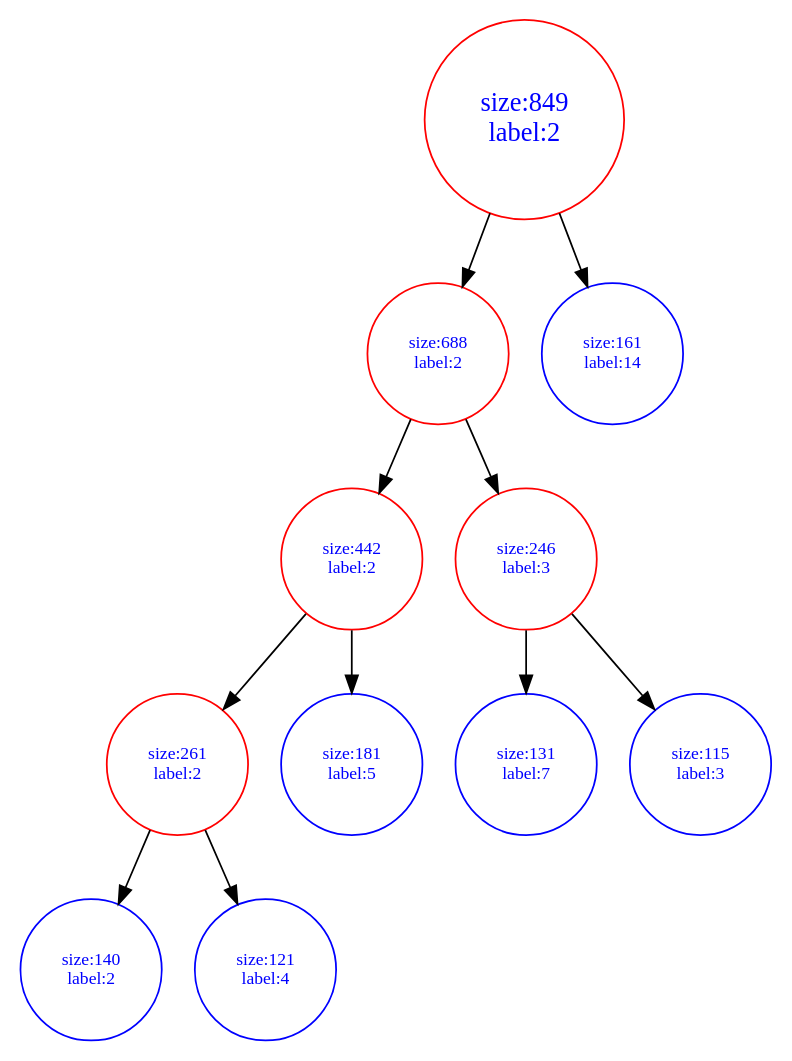
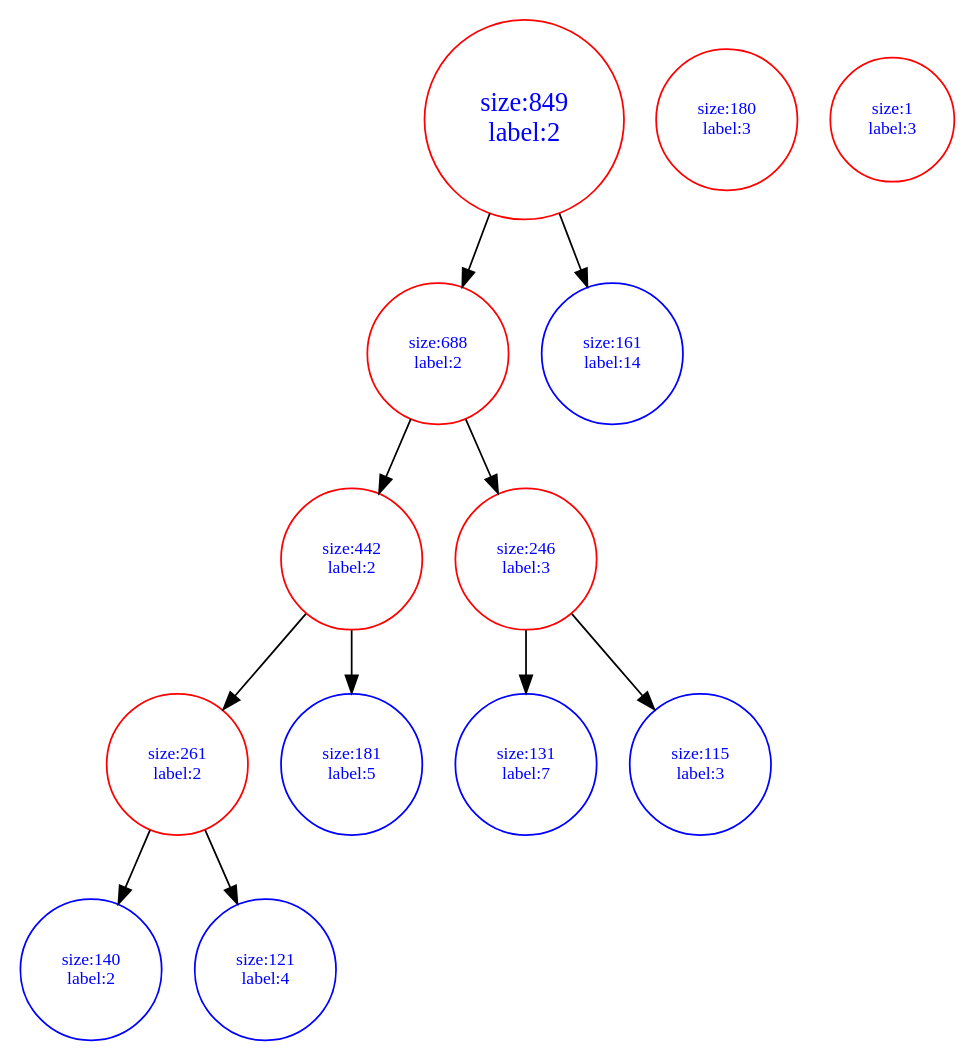
One commit to Qianjx/CSCI720_HW7 changed the diagram in result_tree.dot. Above: the diagram before and after it, drawn with Graphviz. The commit also changed 2 other files, not shown here.

```diff
--- a/result_tree.dot
+++ b/result_tree.dot
@@ -1,24 +1,32 @@
 digraph binaryTree{
     node[shape=circle,color=red,fontcolor=blue,fontsize=10];
     849->688;
     688->442;
     688->246;
     246->131;
     246->115;
     442->261;
     442->181;
     261->140;
     261->121;
     849->161;
     131[color=blue,label="size:131\nlabel:7"];
+    131_1[color=red,label="size:130\nlabel:7"]
+    131_0[color=red,label="size:1\nlabel:7"]
     161[color=blue,label="size:161\nlabel:14"];
+    161_1[color=red,label="size:160\nlabel:14"];
+    161_0[color=red,label="size:1\nlabel:14"];
     115[color=blue,label="size:115\nlabel:3"];
+    115_1[color=red,label="size:114\nlabel:3"];
+    115_0[color=red,label="size:1\nlabel:3"];
     181[color=blue,label="size:181\nlabel:5"];
+    181_1[color=red,label="size:180\nlabel:3"];
+    181_0[color=red,label="size:1\nlabel:3"];
     140[color=blue,label="size:140\nlabel:2"];
     121[color=blue,label="size:121\nlabel:4"];
     849[color=red,label="size:849\nlabel:2",fontsize=15];
     688[color=red,label="size:688\nlabel:2",frontsize=10];
     442[color=red,label="size:442\nlabel:2"];
     261[color=red,label="size:261\nlabel:2"];
     246[color=red,label="size:246\nlabel:3"];
 }
```
